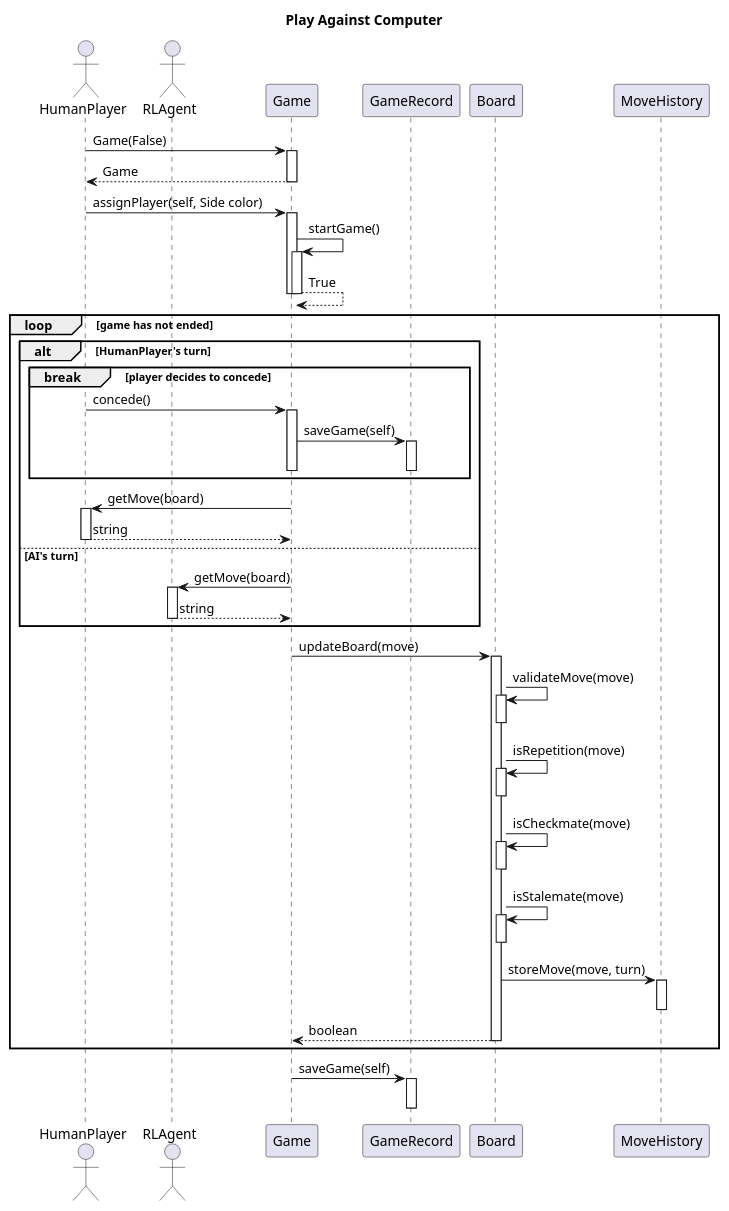
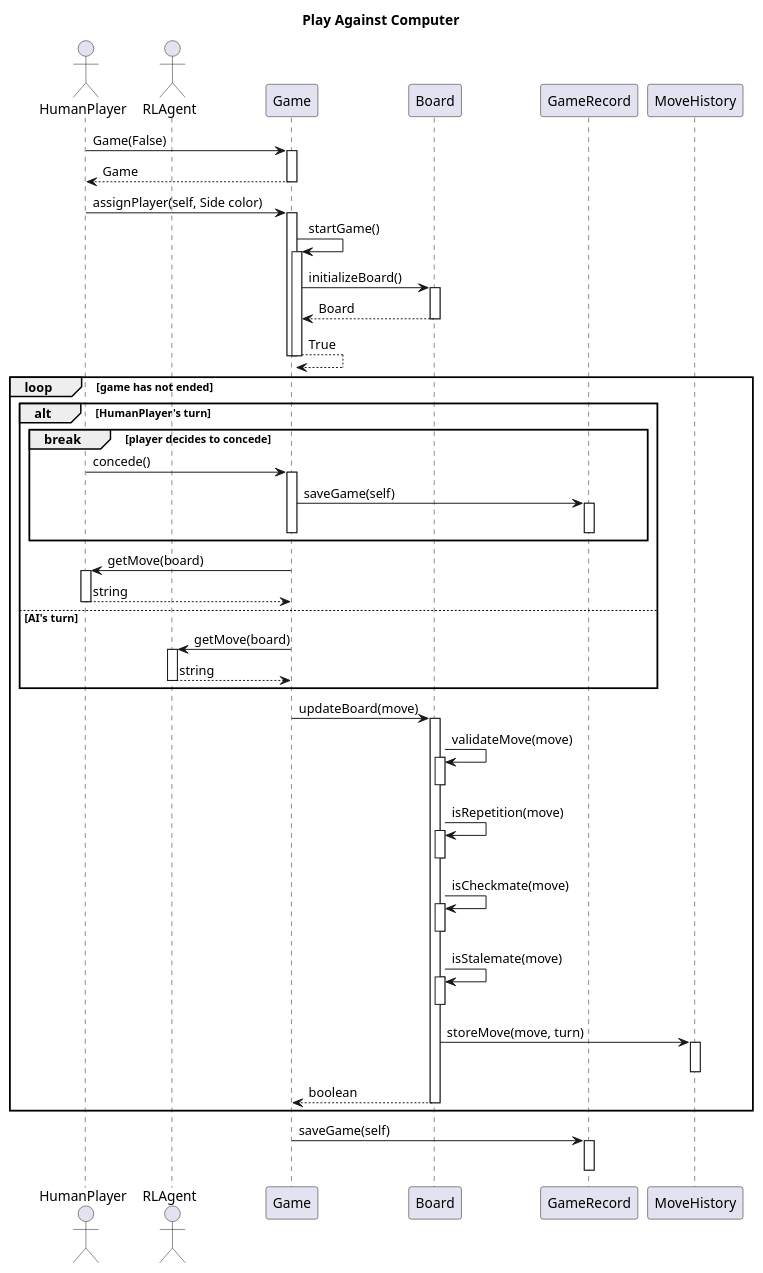
The diagram in docs/preliminary_design_diagrams/sequence_diagrams/play_pvc.puml (ECE493-W22-G04/rl-chess), drawn with PlantUML before and after one commit. The commit also changed 1 other file, not shown here.

Commit message:
tweak class diagram types and functions

```diff
--- a/docs/preliminary_design_diagrams/sequence_diagrams/play_pvc.puml
+++ b/docs/preliminary_design_diagrams/sequence_diagrams/play_pvc.puml
@@ -1,48 +1,50 @@
 @startuml Play Against Computer
 
 title Play Against Computer
 
 autoactivate on
 
 actor HumanPlayer
 actor RLAgent
 HumanPlayer -> Game: Game(False)
 return Game
 HumanPlayer -> Game: assignPlayer(self, Side color)
     Game -> Game: startGame()
+        Game -> Board: initializeBoard()
+        return Board
     return True
     deactivate
 
 loop game has not ended
         
     alt HumanPlayer's turn
         break player decides to concede
             HumanPlayer -> Game: concede()
             Game -> GameRecord: saveGame(self)
             deactivate
             deactivate
         end
         Game -> HumanPlayer: getMove(board)
         return string
     else AI's turn
         Game -> RLAgent: getMove(board)
         return string
     end
     Game -> Board: updateBoard(move)
         Board -> Board: validateMove(move)
         deactivate
         Board -> Board: isRepetition(move)
         deactivate
         Board -> Board: isCheckmate(move)
         deactivate
         Board -> Board: isStalemate(move)
         deactivate
         Board -> MoveHistory: storeMove(move, turn)
         deactivate
     return boolean
 end
 
 Game -> GameRecord: saveGame(self)
 deactivate
 
 @enduml
```
